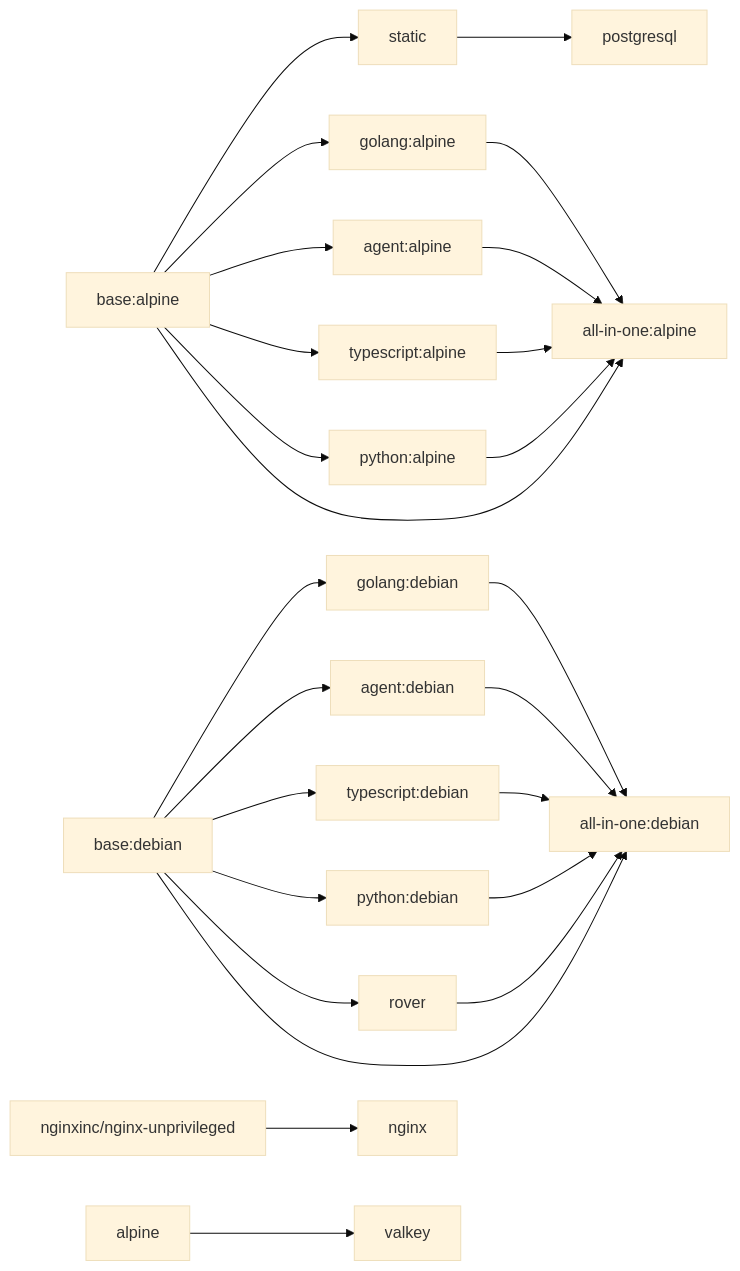
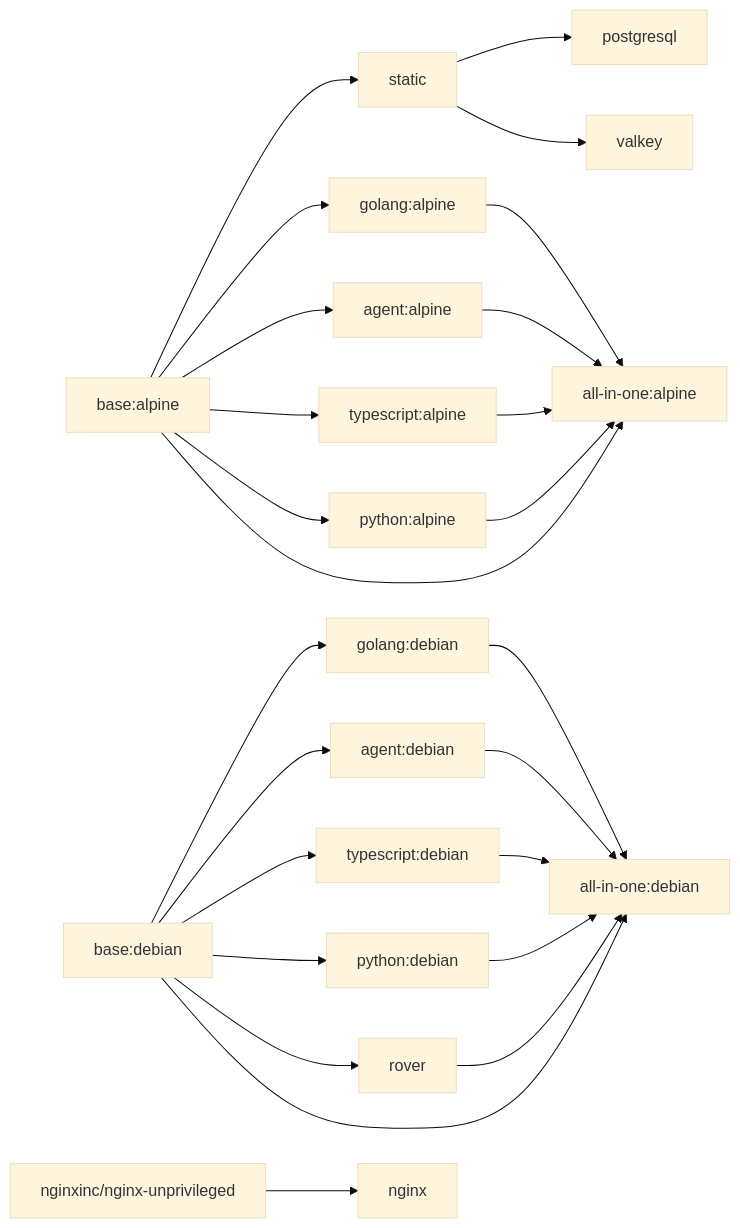
Before and after one commit to pyck-ai/baseimages: the diagram in README.md, drawn with Mermaid (base theme). The commit also changed 3 other files, not shown here.

````diff
--- a/README.md
+++ b/README.md
@@ -127,36 +127,35 @@
 ```mermaid
 graph LR
   base-alpine["base:alpine"]
   base-debian["base:debian"]
   nginx-base["nginxinc/nginx-unprivileged"]
-  alpine-upstream["alpine"]
 
   base-alpine --> static
   base-alpine --> golang-alpine["golang:alpine"]
   base-alpine --> agent-alpine["agent:alpine"]
   base-alpine --> typescript-alpine["typescript:alpine"]
   base-alpine --> python-alpine["python:alpine"]
 
   base-debian --> golang-debian["golang:debian"]
   base-debian --> agent-debian["agent:debian"]
   base-debian --> typescript-debian["typescript:debian"]
   base-debian --> python-debian["python:debian"]
   base-debian --> rover
 
   base-alpine --> aio-alpine["all-in-one:alpine"]
   golang-alpine --> aio-alpine
   agent-alpine --> aio-alpine
   typescript-alpine --> aio-alpine
   python-alpine --> aio-alpine
 
   base-debian --> aio-debian["all-in-one:debian"]
   golang-debian --> aio-debian
   agent-debian --> aio-debian
   typescript-debian --> aio-debian
   rover --> aio-debian
   python-debian --> aio-debian
 
   nginx-base --> nginx
   static --> postgresql
-  alpine-upstream --> valkey
+  static --> valkey
 ```
````
